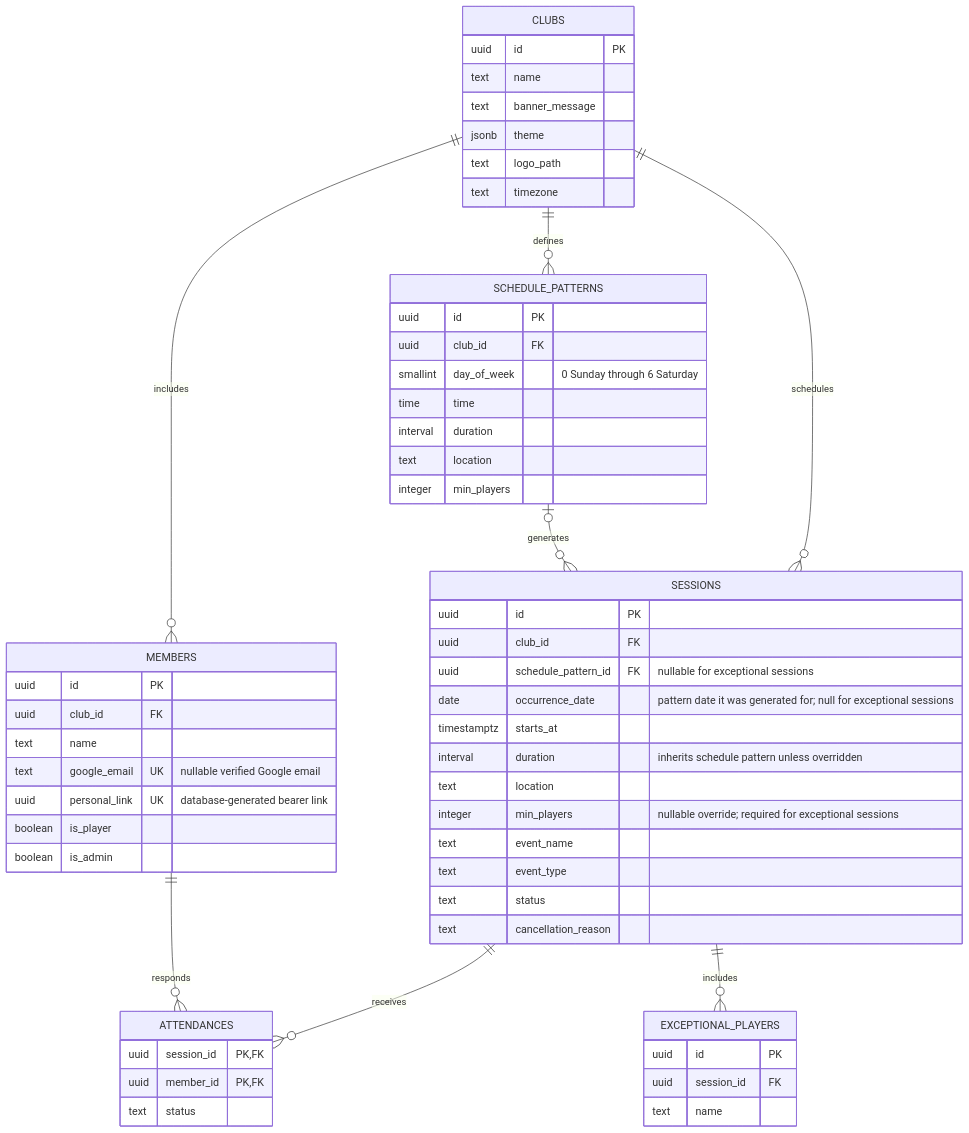
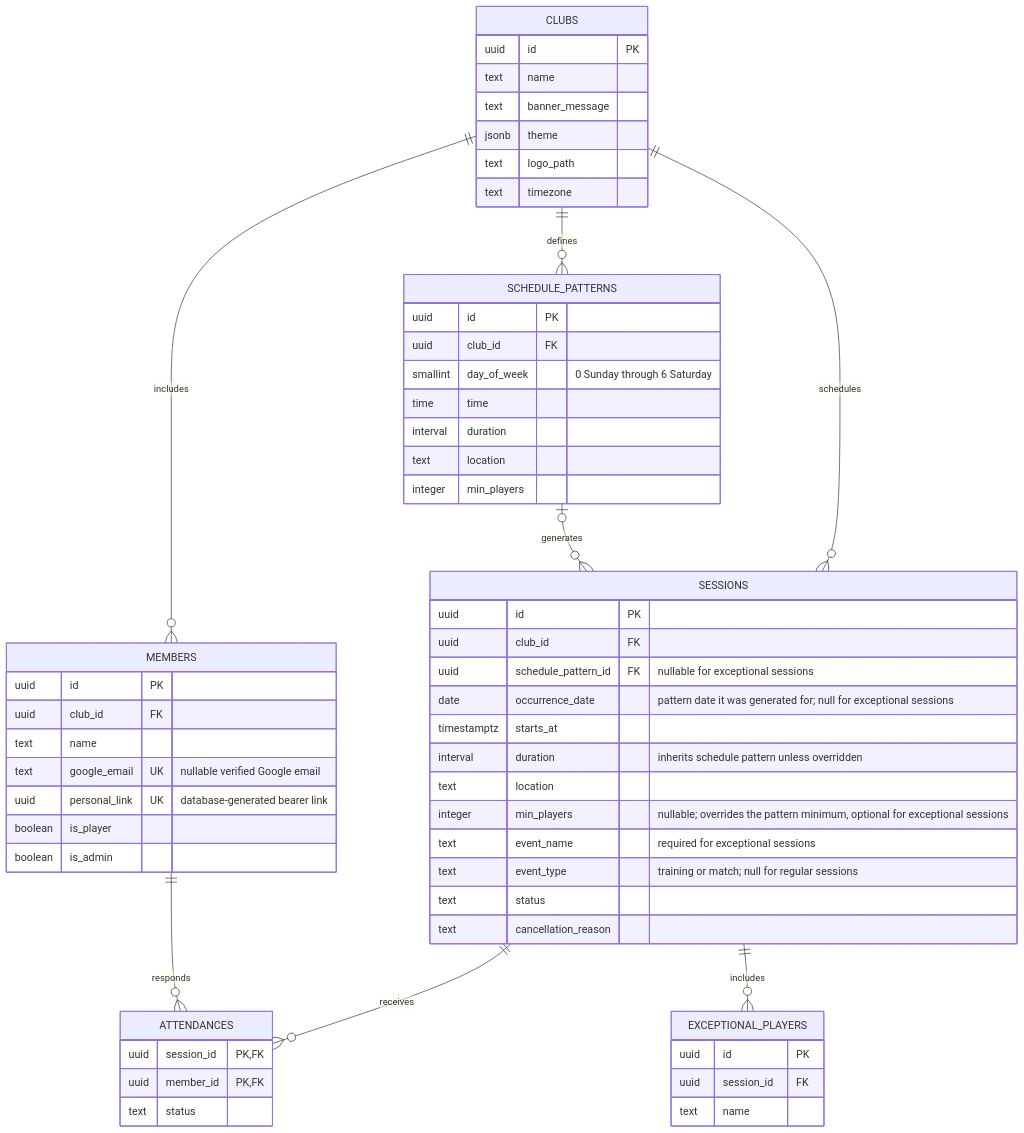
The diagram in documentation/PlayCount_Functional_Requirements_Final.md (mikebarais/playcount), drawn with Mermaid before and after one commit. The commit also changed other lines of this file and 9 other files, not shown here.

Commit message:
Color-code training and match sessions, simplify confirmations, optional exceptional minimum

````diff
--- a/documentation/PlayCount_Functional_Requirements_Final.md
+++ b/documentation/PlayCount_Functional_Requirements_Final.md
@@ -189,66 +191,66 @@
 ```mermaid
 erDiagram
 	CLUBS {
 		uuid id PK
 		text name
 		text banner_message
 		jsonb theme
 		text logo_path
 		text timezone
 	}
 
 	MEMBERS {
 		uuid id PK
 		uuid club_id FK
 		text name
 		text google_email UK "nullable verified Google email"
 		uuid personal_link UK "database-generated bearer link"
 		boolean is_player
 		boolean is_admin
 	}
 
 	SCHEDULE_PATTERNS {
 		uuid id PK
 		uuid club_id FK
 		smallint day_of_week "0 Sunday through 6 Saturday"
 		time time
 		interval duration
 		text location
 		integer min_players
 	}
 
 	SESSIONS {
 		uuid id PK
 		uuid club_id FK
 		uuid schedule_pattern_id FK "nullable for exceptional sessions"
 		date occurrence_date "pattern date it was generated for; null for exceptional sessions"
 		timestamptz starts_at
 		interval duration "inherits schedule pattern unless overridden"
 		text location
-		integer min_players "nullable override; required for exceptional sessions"
-		text event_name
-		text event_type
+		integer min_players "nullable; overrides the pattern minimum, optional for exceptional sessions"
+		text event_name "required for exceptional sessions"
+		text event_type "training or match; null for regular sessions"
 		text status
 		text cancellation_reason
 	}
 
 	ATTENDANCES {
 		uuid session_id PK, FK
 		uuid member_id PK, FK
 		text status
 	}
 
 	EXCEPTIONAL_PLAYERS {
 		uuid id PK
 		uuid session_id FK
 		text name
 	}
 
 	CLUBS ||--o{ MEMBERS : includes
 	CLUBS ||--o{ SCHEDULE_PATTERNS : defines
 	SCHEDULE_PATTERNS o|--o{ SESSIONS : generates
 	CLUBS ||--o{ SESSIONS : schedules
 	SESSIONS ||--o{ ATTENDANCES : receives
 	MEMBERS ||--o{ ATTENDANCES : responds
 	SESSIONS ||--o{ EXCEPTIONAL_PLAYERS : includes
 ```
````
